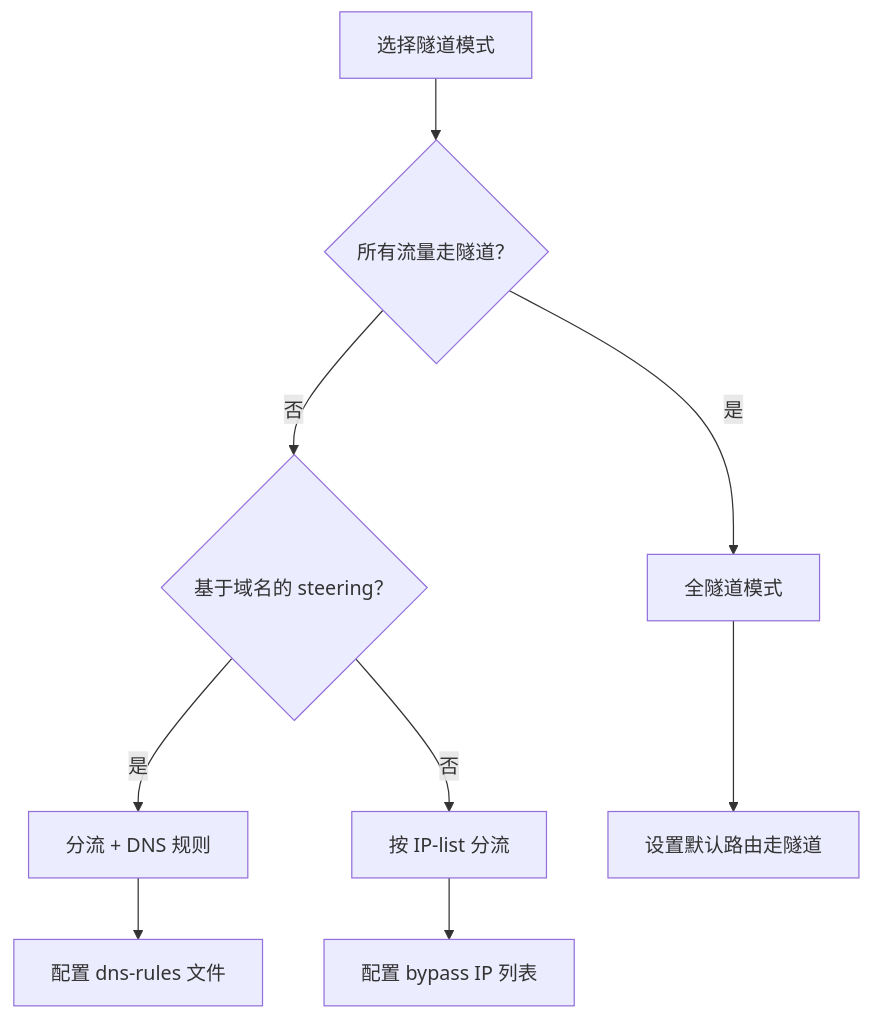
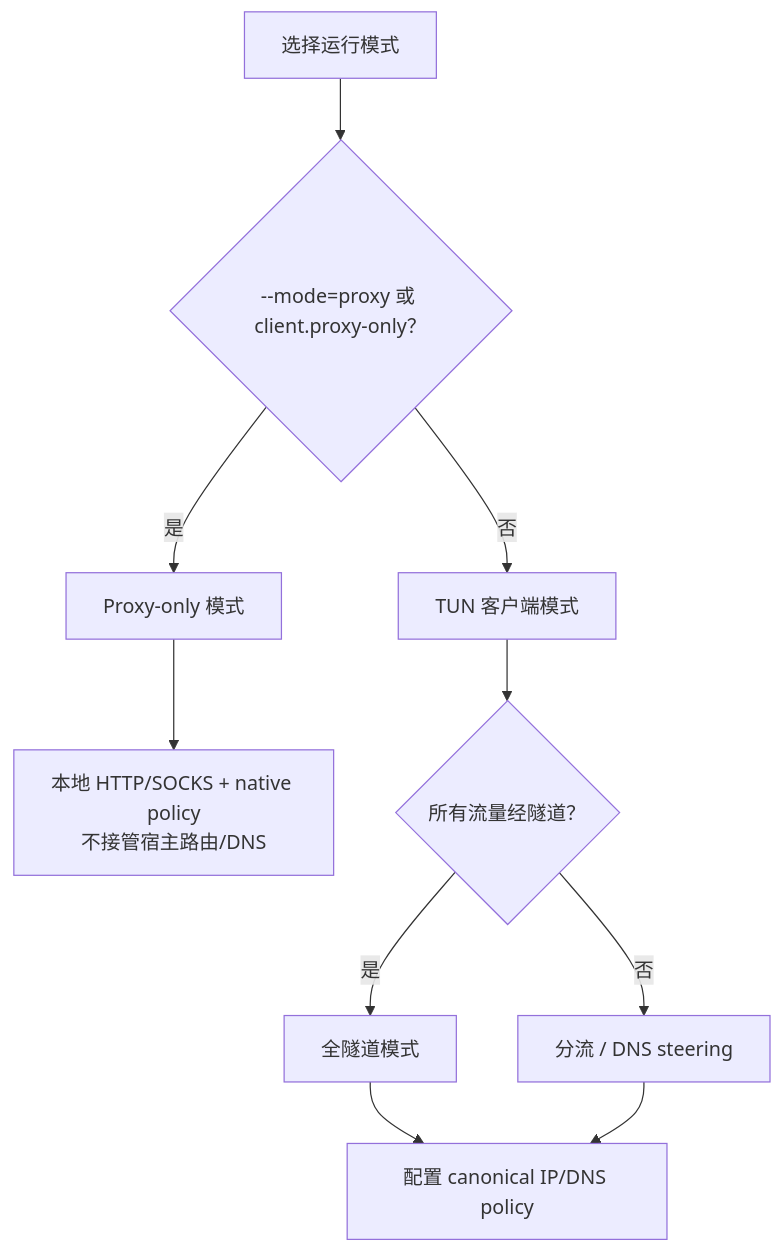
Before and after one commit to rebecca554owen/openppp2: the second of 3 diagrams in docs/getting-started/USER_MANUAL_CN.md, drawn with Mermaid. The commit also changed other lines of this file and 34 other files, not shown here.

````diff
--- a/docs/getting-started/USER_MANUAL_CN.md
+++ b/docs/getting-started/USER_MANUAL_CN.md
@@ -177,11 +181,12 @@
 ```mermaid
 flowchart TD
-    A[选择隧道模式] --> B{所有流量走隧道？}
-    B -->|是| C[全隧道模式]
-    B -->|否| D{基于域名的 steering？}
-    D -->|是| E[分流 + DNS 规则]
-    D -->|否| F[按 IP-list 分流]
-    C --> G[设置默认路由走隧道]
-    E --> H[配置 dns-rules 文件]
-    F --> I[配置 bypass IP 列表]
+    A[选择运行模式] --> B{--mode=proxy 或 client.proxy-only？}
+    B -->|是| C[Proxy-only 模式]
+    B -->|否| D[TUN 客户端模式]
+    C --> E[本地 HTTP/SOCKS + native policy\n不接管宿主路由/DNS]
+    D --> F{所有流量经隧道？}
+    F -->|是| G[全隧道模式]
+    F -->|否| H[分流 / DNS steering]
+    G --> I[配置 canonical IP/DNS policy]
+    H --> I
 ```
````
